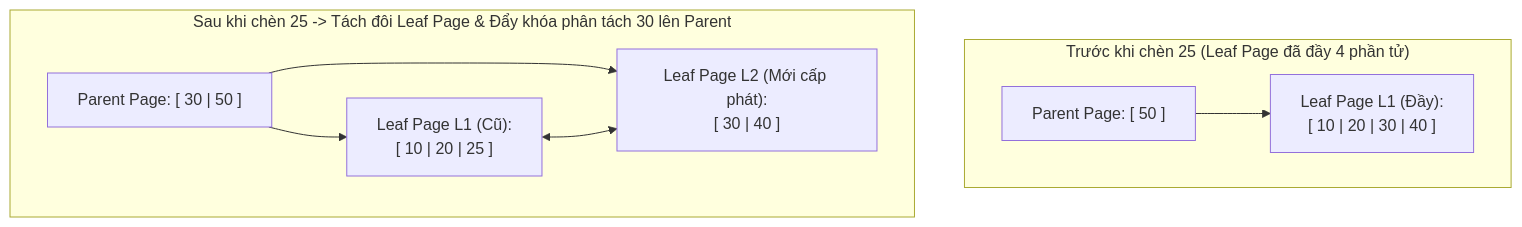
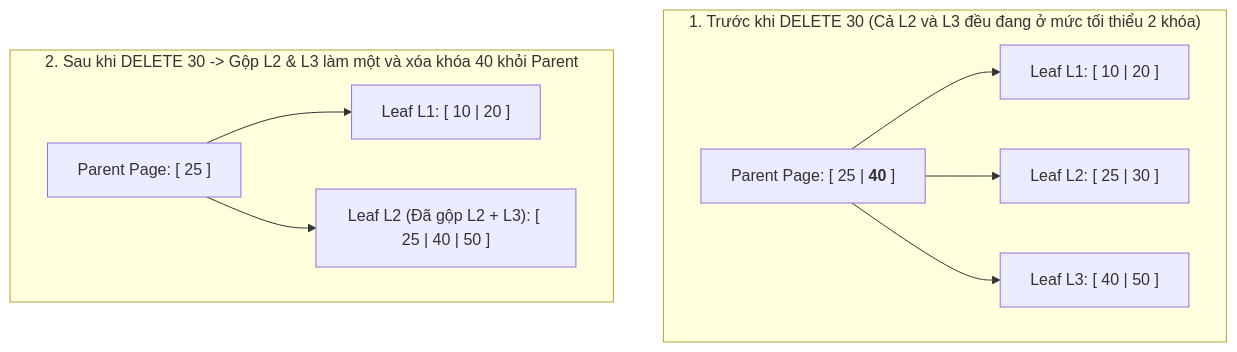
The sixth of 6 diagrams in docs/Database-Internals-Notes/database-internals-chapter2.vi.md (namaewanam/namaewanam.github.io), drawn with Mermaid before and after one commit. The commit also changed other lines of this file and 29 other files, not shown here.

````diff
--- a/docs/Database-Internals-Notes/database-internals-chapter2.vi.md
+++ b/docs/Database-Internals-Notes/database-internals-chapter2.vi.md
@@ -141,12 +347,14 @@
 ```mermaid
 flowchart TB
-    subgraph Before["Trước khi chèn 25 (Leaf Page đã đầy 4 phần tử)"]
-        P1["Parent Page: [ 50 ]"] --> FullLeaf["Leaf Page L1 (Đầy):<br/>[ 10 | 20 | 30 | 40 ]"]
+    subgraph BeforeMerge["1. Trước khi DELETE 30 (Cả L2 và L3 đều đang ở mức tối thiểu 2 khóa)"]
+        PM1["Parent Page: [ 25 | <b>40</b> ]"]
+        PM1 --> LM1["Leaf L1: [ 10 | 20 ]"]
+        PM1 --> LM2["Leaf L2: [ 25 | 30 ]"]
+        PM1 --> LM3["Leaf L3: [ 40 | 50 ]"]
     end
-    subgraph After["Sau khi chèn 25 -> Tách đôi Leaf Page & Đẩy khóa phân tách 30 lên Parent"]
-        P2["Parent Page: [ 30 | 50 ]"]
-        P2 --> LeftLeaf["Leaf Page L1 (Cũ):<br/>[ 10 | 20 | 25 ]"]
-        P2 --> RightLeaf["Leaf Page L2 (Mới cấp phát):<br/>[ 30 | 40 ]"]
-        LeftLeaf <--> RightLeaf
+    subgraph AfterMerge["2. Sau khi DELETE 30 -> Gộp L2 & L3 làm một và xóa khóa 40 khỏi Parent"]
+        PM2["Parent Page: [ 25 ]"]
+        PM2 --> LM1_A["Leaf L1: [ 10 | 20 ]"]
+        PM2 --> LM2_A["Leaf L2 (Đã gộp L2 + L3): [ 25 | 40 | 50 ]"]
     end
 ```
````
